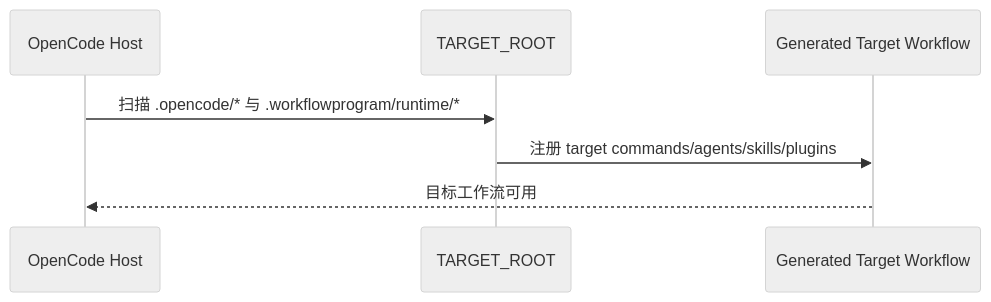
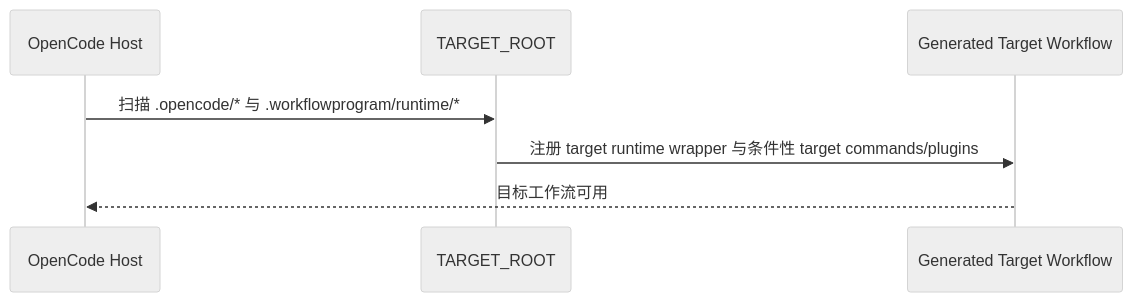
One commit to Logic70/workflowprogram-opencode changed the fourth of 8 diagrams in design/opencode-v2-highlevel-design.md. Above: the diagram before and after it, drawn with Mermaid (neutral theme). The commit also changed other lines of this file and 34 other files, not shown here.

````diff
--- a/design/opencode-v2-highlevel-design.md
+++ b/design/opencode-v2-highlevel-design.md
@@ -138,9 +138,9 @@
 ```mermaid
 sequenceDiagram
     participant Host as OpenCode Host
     participant Target as TARGET_ROOT
     participant GW as Generated Target Workflow
     Host->>Target: 扫描 .opencode/* 与 .workflowprogram/runtime/*
-    Target->>GW: 注册 target commands/agents/skills/plugins
+    Target->>GW: 注册 target runtime wrapper 与条件性 target commands/plugins
     GW-->>Host: 目标工作流可用
 ```
````
